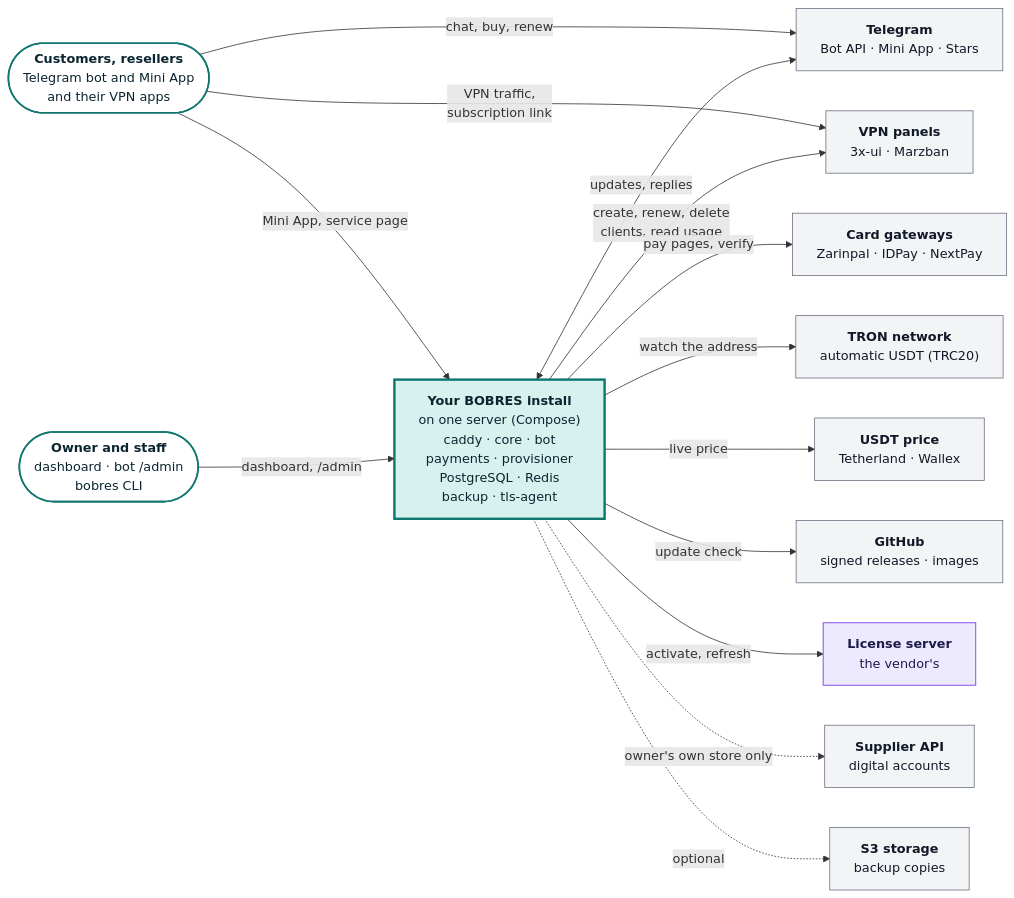
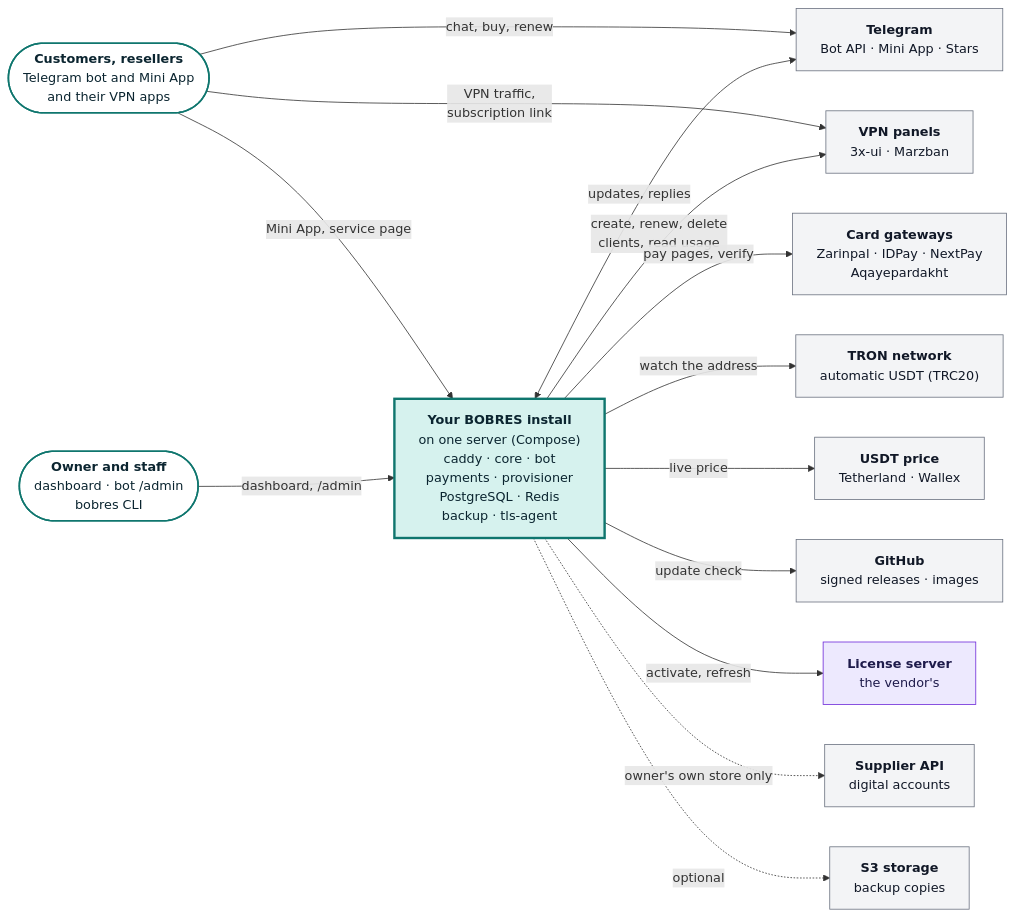
One commit to sobhanaz/bobres-3x-ui-telegram-panel changed the first of 6 diagrams in README.md. Above: the diagram before and after it, drawn with Mermaid. The commit also changed other lines of this file and 89 other files, not shown here.

````diff
--- a/README.md
+++ b/README.md
@@ -286,40 +286,40 @@
 ```mermaid
 %%{init: {"flowchart": {"wrappingWidth": 300}}}%%
 flowchart LR
     customer(["<b>Customers, resellers</b><br/>Telegram bot and Mini App<br/>and their VPN apps"])
     staff(["<b>Owner and staff</b><br/>dashboard · bot /admin<br/>bobres CLI"])
     store["<b>Your BOBRES install</b><br/>on one server (Compose)<br/>caddy · core · bot<br/>payments · provisioner<br/>PostgreSQL · Redis<br/>backup · tls-agent"]
 
     telegram["<b>Telegram</b><br/>Bot API · Mini App · Stars"]
     panels["<b>VPN panels</b><br/>3x-ui · Marzban"]
-    gateways["<b>Card gateways</b><br/>Zarinpal · IDPay · NextPay"]
+    gateways["<b>Card gateways</b><br/>Zarinpal · IDPay · NextPay<br/>Aqayepardakht"]
     tron["<b>TRON network</b><br/>automatic USDT (TRC20)"]
     rates["<b>USDT price</b><br/>Tetherland · Wallex"]
     github["<b>GitHub</b><br/>signed releases · images"]
     vendor["<b>License server</b><br/>the vendor's"]
     supplier["<b>Supplier API</b><br/>digital accounts"]
     s3["<b>S3 storage</b><br/>backup copies"]
 
     customer -->|"Mini App, service page"| store
     customer -->|"chat, buy, renew"| telegram
     customer -->|"VPN traffic,<br/>subscription link"| panels
     staff -->|"dashboard, /admin"| store
     store <-->|"updates, replies"| telegram
     store -->|"create, renew, delete<br/>clients, read usage"| panels
     store -->|"pay pages, verify"| gateways
     store -->|"watch the address"| tron
     store -->|"live price"| rates
     store -->|"update check"| github
     store -->|"activate, refresh"| vendor
     store -.->|"owner's own store only"| supplier
     store -.->|"optional"| s3
 
     classDef person fill:#ffffff,stroke:#0f766e,stroke-width:2px,color:#0b2530
     classDef mine fill:#d6f2ee,stroke:#0f766e,stroke-width:3px,color:#0b2530
     classDef outside fill:#f3f4f6,stroke:#6b7280,color:#111827
     classDef vendorbox fill:#ede9fe,stroke:#6d28d9,color:#1e1b4b
     class customer,staff person
     class store mine
     class telegram,panels,gateways,tron,rates,github,supplier,s3 outside
     class vendor vendorbox
 ```
````
